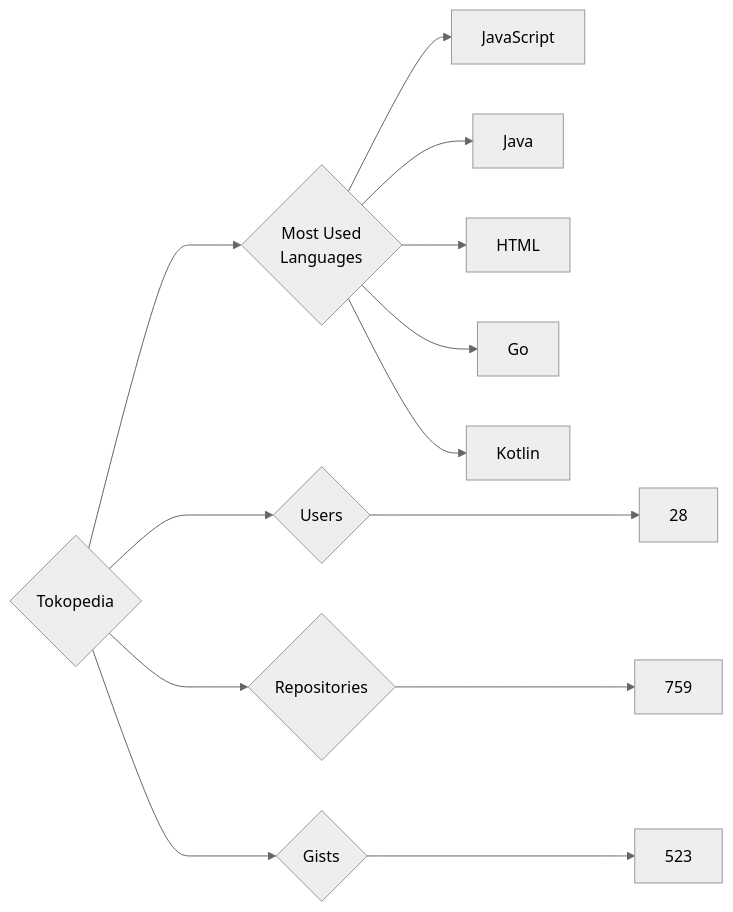
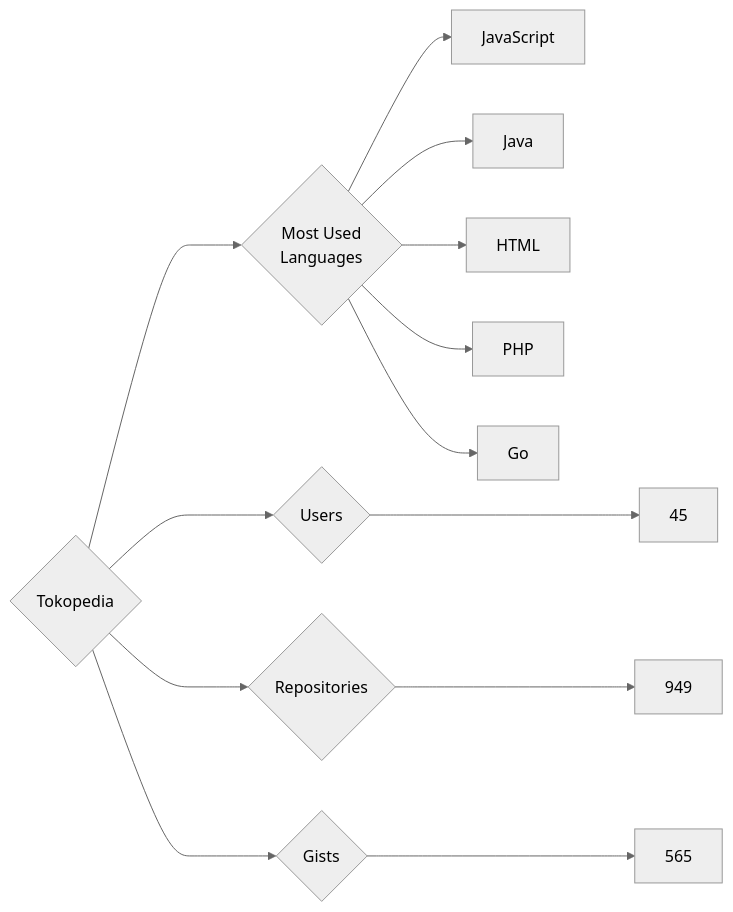
One commit to trickest/insiders changed the diagram in targets/Tokopedia/README.md. Above: the diagram before and after it, drawn with Mermaid (neutral theme). The commit also changed 928 other files, not shown here.

````diff
--- a/targets/Tokopedia/README.md
+++ b/targets/Tokopedia/README.md
@@ -3,13 +3,13 @@
 ```mermaid
 graph LR
 COMPANY_NAME{Tokopedia}
-COMPANY_NAME ---> U{Users} ---> UN[28]
-COMPANY_NAME ---> R{Repositories} ---> RN[759]
-COMPANY_NAME ---> G{Gists} ---> GN[523]
+COMPANY_NAME ---> U{Users} ---> UN[45]
+COMPANY_NAME ---> R{Repositories} ---> RN[949]
+COMPANY_NAME ---> G{Gists} ---> GN[565]
 COMPANY_NAME ---> ML{Most Used<br>Languages}
 ML --> JavaScript[JavaScript]
 ML --> Java[Java]
 ML --> HTML[HTML]
+ML --> PHP[PHP]
 ML --> Go[Go]
-ML --> Kotlin[Kotlin]
 ```
````
